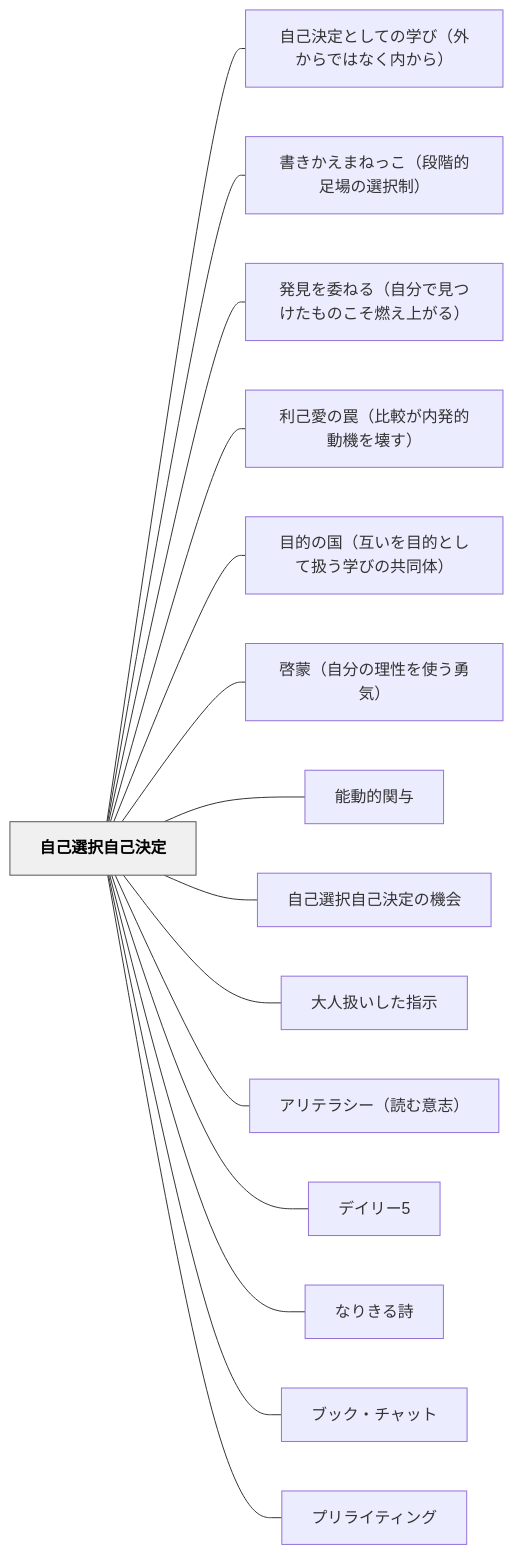
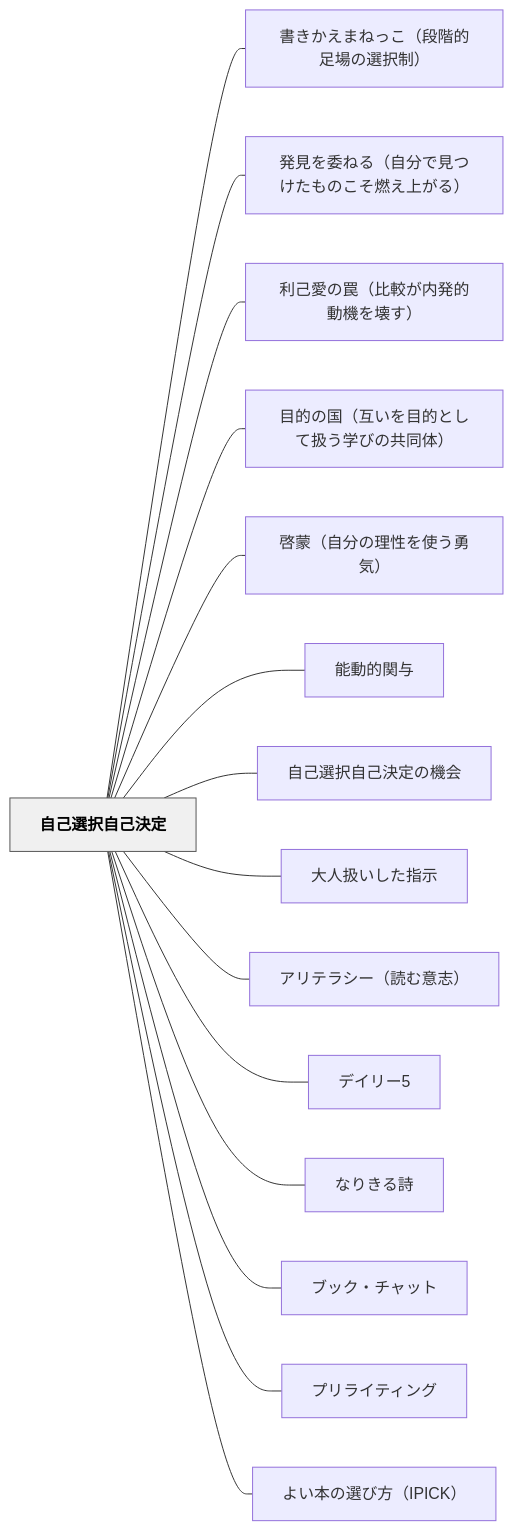
One commit to unknownthings-ed-patterns/unknownthings-ed-patterns changed the diagram in content/パタン/自己選択自己決定.md. Above: the diagram before and after it, drawn with Mermaid. The commit also changed other lines of this file, not shown here.

````diff
--- a/content/パタン/自己選択自己決定.md
+++ b/content/パタン/自己選択自己決定.md
@@ -145,36 +149,36 @@
 ```mermaid
 flowchart LR
     ne887aae5b7b1e981b8e68a9ee887aae5b7b1e6b1bae5ae9a["自己選択自己決定"]
-    ne887aae5b7b1e6b1bae5ae9ae381a8e38197e381a6e381aee5ada6e381b3efbc88e5a496e3818be38289e381a7e381afe381aae3818fe58685e3818be38289efbc89["自己決定としての学び（外からではなく内から）"]
     ne69bb8e3818de3818be38188e381bee381ade381a3e38193efbc88e6aeb5e99a8ee79a84e8b6b3e5a0b4e381aee981b8e68a9ee588b6efbc89["書きかえまねっこ（段階的足場の選択制）"]
     ne799bae8a68be38292e5a794e381ade3828befbc88e887aae58886e381a7e8a68be381a4e38191e3819fe38282e381aee38193e3819de78783e38188e4b88ae3818ce3828befbc89["発見を委ねる（自分で見つけたものこそ燃え上がる）"]
     ne588a9e5b7b1e6849be381aee7bda0efbc88e6af94e8bc83e3818ce58685e799bae79a84e58b95e6a99fe38292e5a38ae38199efbc89["利己愛の罠（比較が内発的動機を壊す）"]
     ne79baee79a84e381aee59bbdefbc88e4ba92e38184e38292e79baee79a84e381a8e38197e381a6e689b1e38186e5ada6e381b3e381aee585b1e5908ce4bd93efbc89["目的の国（互いを目的として扱う学びの共同体）"]
     ne59593e89299efbc88e887aae58886e381aee79086e680a7e38292e4bdbfe38186e58b87e6b097efbc89["啓蒙（自分の理性を使う勇気）"]
     ne883bde58b95e79a84e996a2e4b88e["能動的関与"]
     ne887aae5b7b1e981b8e68a9ee887aae5b7b1e6b1bae5ae9ae381aee6a99fe4bc9a["自己選択自己決定の機会"]
     ne5a4a7e4babae689b1e38184e38197e3819fe68c87e7a4ba["大人扱いした指示"]
     ne382a2e383aae38386e383a9e382b7e383bcefbc88e8aaade38280e6848fe5bf97efbc89["アリテラシー（読む意志）"]
     ne38387e382a4e383aae383bc35["デイリー5"]
     ne381aae3828ae3818de3828be8a9a9["なりきる詩"]
     ne38396e38383e382afe383bbe38381e383a3e38383e38388["ブック・チャット"]
     ne38397e383aae383a9e382a4e38386e382a3e383b3e382b0["プリライティング"]
+    ne38288e38184e69cace381aee981b8e381b3e696b9efbc88495049434befbc89["よい本の選び方（IPICK）"]
 
-    ne887aae5b7b1e981b8e68a9ee887aae5b7b1e6b1bae5ae9a --- ne887aae5b7b1e6b1bae5ae9ae381a8e38197e381a6e381aee5ada6e381b3efbc88e5a496e3818be38289e381a7e381afe381aae3818fe58685e3818be38289efbc89
     ne887aae5b7b1e981b8e68a9ee887aae5b7b1e6b1bae5ae9a --- ne69bb8e3818de3818be38188e381bee381ade381a3e38193efbc88e6aeb5e99a8ee79a84e8b6b3e5a0b4e381aee981b8e68a9ee588b6efbc89
     ne887aae5b7b1e981b8e68a9ee887aae5b7b1e6b1bae5ae9a --- ne799bae8a68be38292e5a794e381ade3828befbc88e887aae58886e381a7e8a68be381a4e38191e3819fe38282e381aee38193e3819de78783e38188e4b88ae3818ce3828befbc89
     ne887aae5b7b1e981b8e68a9ee887aae5b7b1e6b1bae5ae9a --- ne588a9e5b7b1e6849be381aee7bda0efbc88e6af94e8bc83e3818ce58685e799bae79a84e58b95e6a99fe38292e5a38ae38199efbc89
     ne887aae5b7b1e981b8e68a9ee887aae5b7b1e6b1bae5ae9a --- ne79baee79a84e381aee59bbdefbc88e4ba92e38184e38292e79baee79a84e381a8e38197e381a6e689b1e38186e5ada6e381b3e381aee585b1e5908ce4bd93efbc89
     ne887aae5b7b1e981b8e68a9ee887aae5b7b1e6b1bae5ae9a --- ne59593e89299efbc88e887aae58886e381aee79086e680a7e38292e4bdbfe38186e58b87e6b097efbc89
     ne887aae5b7b1e981b8e68a9ee887aae5b7b1e6b1bae5ae9a --- ne883bde58b95e79a84e996a2e4b88e
     ne887aae5b7b1e981b8e68a9ee887aae5b7b1e6b1bae5ae9a --- ne887aae5b7b1e981b8e68a9ee887aae5b7b1e6b1bae5ae9ae381aee6a99fe4bc9a
     ne887aae5b7b1e981b8e68a9ee887aae5b7b1e6b1bae5ae9a --- ne5a4a7e4babae689b1e38184e38197e3819fe68c87e7a4ba
     ne887aae5b7b1e981b8e68a9ee887aae5b7b1e6b1bae5ae9a --- ne382a2e383aae38386e383a9e382b7e383bcefbc88e8aaade38280e6848fe5bf97efbc89
     ne887aae5b7b1e981b8e68a9ee887aae5b7b1e6b1bae5ae9a --- ne38387e382a4e383aae383bc35
     ne887aae5b7b1e981b8e68a9ee887aae5b7b1e6b1bae5ae9a --- ne381aae3828ae3818de3828be8a9a9
     ne887aae5b7b1e981b8e68a9ee887aae5b7b1e6b1bae5ae9a --- ne38396e38383e382afe383bbe38381e383a3e38383e38388
     ne887aae5b7b1e981b8e68a9ee887aae5b7b1e6b1bae5ae9a --- ne38397e383aae383a9e382a4e38386e382a3e383b3e382b0
+    ne887aae5b7b1e981b8e68a9ee887aae5b7b1e6b1bae5ae9a --- ne38288e38184e69cace381aee981b8e381b3e696b9efbc88495049434befbc89
 
     classDef hub fill:#f0f0f0,stroke:#555,color:#000,font-weight:bold
     class ne887aae5b7b1e981b8e68a9ee887aae5b7b1e6b1bae5ae9a hub
 ```
````
